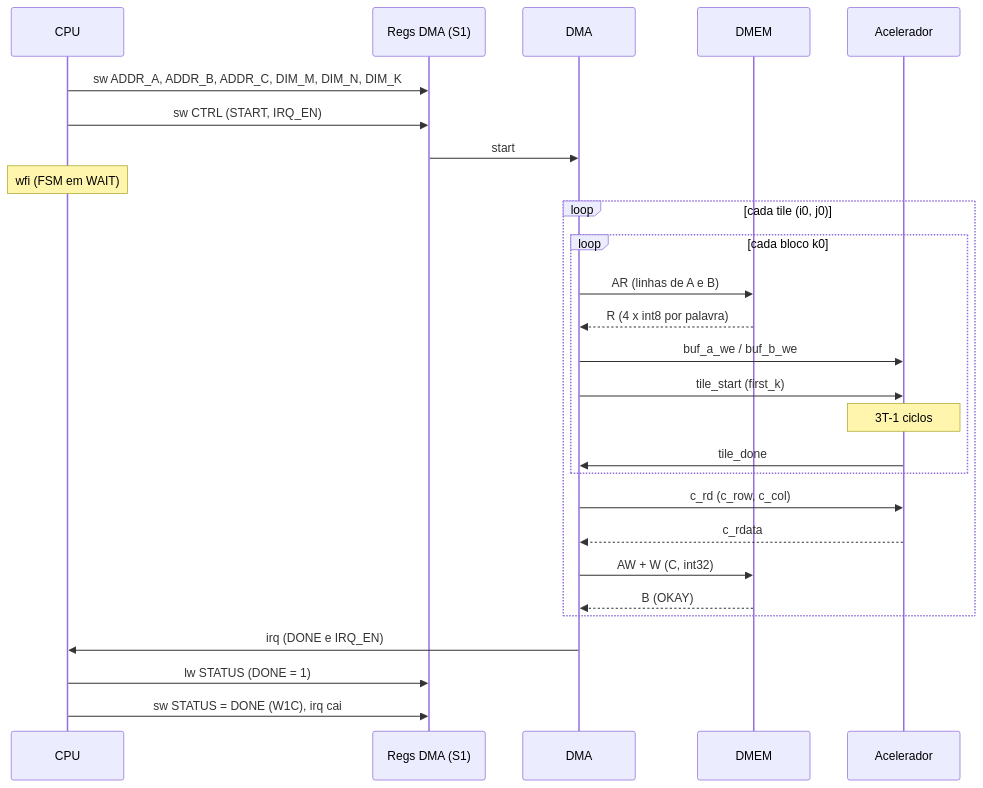
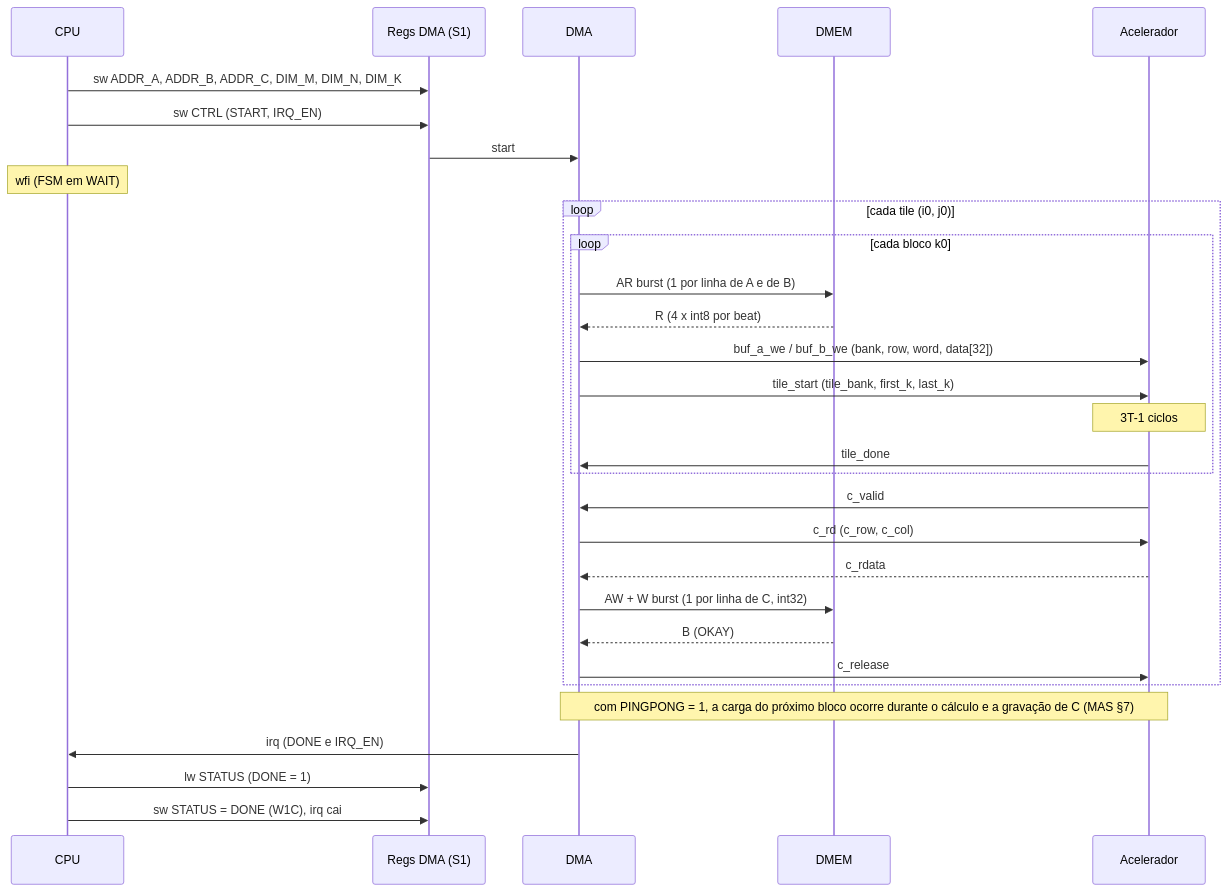
Before and after one commit to jairsdev/rv32-dma: the diagram in README.md, drawn with Mermaid. The commit also changed other lines of this file, not shown here.

First line of the commit message:
Atualiza README para AXI4 e aponta para o MAS do DMA

````diff
--- a/README.md
+++ b/README.md
@@ -366,29 +317,32 @@
 ```mermaid
 sequenceDiagram
     participant CPU
     participant REGS as Regs DMA (S1)
     participant DMA
     participant DMEM
     participant ACC as Acelerador
     CPU->>REGS: sw ADDR_A, ADDR_B, ADDR_C, DIM_M, DIM_N, DIM_K
     CPU->>REGS: sw CTRL (START, IRQ_EN)
     REGS->>DMA: start
     Note over CPU: wfi (FSM em WAIT)
     loop cada tile (i0, j0)
         loop cada bloco k0
-            DMA->>DMEM: AR (linhas de A e B)
-            DMEM-->>DMA: R (4 x int8 por palavra)
-            DMA->>ACC: buf_a_we / buf_b_we
-            DMA->>ACC: tile_start (first_k)
+            DMA->>DMEM: AR burst (1 por linha de A e de B)
+            DMEM-->>DMA: R (4 x int8 por beat)
+            DMA->>ACC: buf_a_we / buf_b_we (bank, row, word, data[32])
+            DMA->>ACC: tile_start (tile_bank, first_k, last_k)
             Note over ACC: 3T-1 ciclos
             ACC->>DMA: tile_done
         end
+        ACC->>DMA: c_valid
         DMA->>ACC: c_rd (c_row, c_col)
         ACC-->>DMA: c_rdata
-        DMA->>DMEM: AW + W (C, int32)
+        DMA->>DMEM: AW + W burst (1 por linha de C, int32)
         DMEM-->>DMA: B (OKAY)
+        DMA->>ACC: c_release
     end
+    Note over DMA,ACC: com PINGPONG = 1, a carga do próximo bloco ocorre durante o cálculo e a gravação de C (MAS §7)
     DMA->>CPU: irq (DONE e IRQ_EN)
     CPU->>REGS: lw STATUS (DONE = 1)
     CPU->>REGS: sw STATUS = DONE (W1C), irq cai
 ```
````
